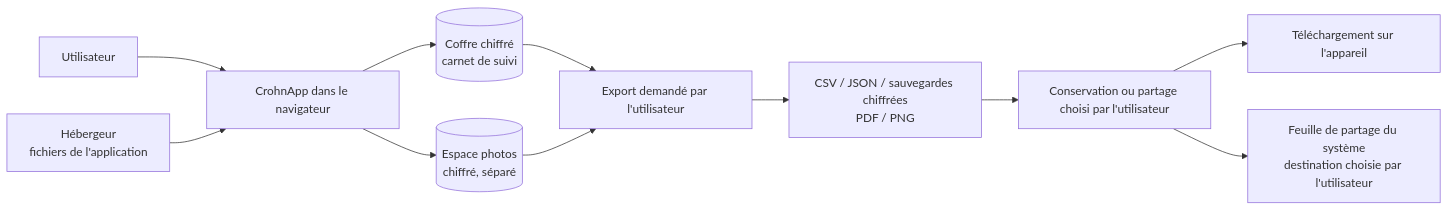
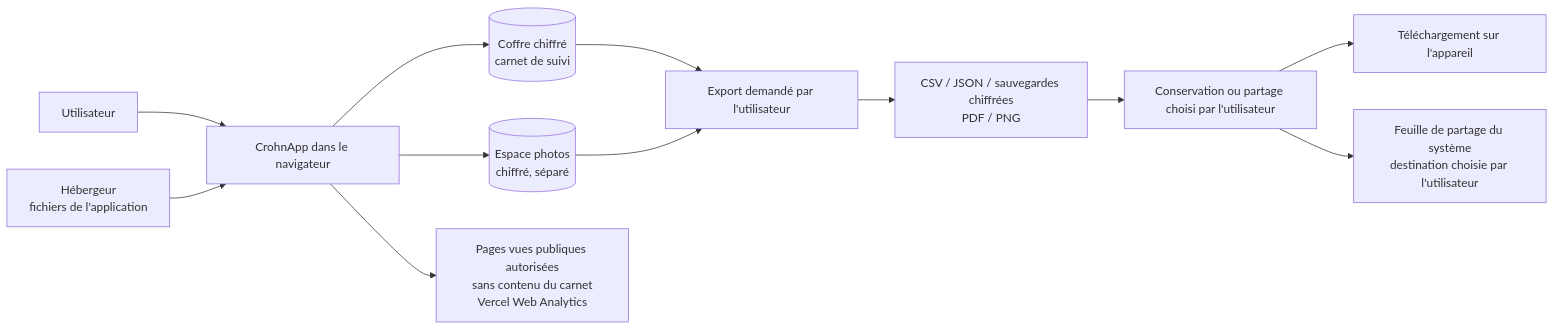
One commit to VivreleHpi/crohnapp-docs changed the diagram in compliance/flux_donnees.md. Above: the diagram before and after it, drawn with Mermaid. The commit also changed other lines of this file and 12 other files, not shown here.

````diff
--- a/compliance/flux_donnees.md
+++ b/compliance/flux_donnees.md
@@ -10,13 +9,14 @@
 ```mermaid
 flowchart LR
   U[Utilisateur] --> PWA[CrohnApp dans le navigateur]
   H[Hébergeur<br/>fichiers de l'application] --> PWA
   PWA --> Carnet[(Coffre chiffré<br/>carnet de suivi)]
   PWA --> Photos[(Espace photos<br/>chiffré, séparé)]
+  PWA --> Audience[Pages vues publiques autorisées<br/>sans contenu du carnet<br/>Vercel Web Analytics]
   Carnet --> Exports[Export demandé par l'utilisateur]
   Photos --> Exports
   Exports --> Fichiers[CSV / JSON / sauvegardes chiffrées<br/>PDF / PNG]
   Fichiers --> Choix[Conservation ou partage choisi par l'utilisateur]
   Choix --> Telechargement[Téléchargement sur l'appareil]
   Choix --> Feuille[Feuille de partage du système<br/>destination choisie par l'utilisateur]
 ```
````
